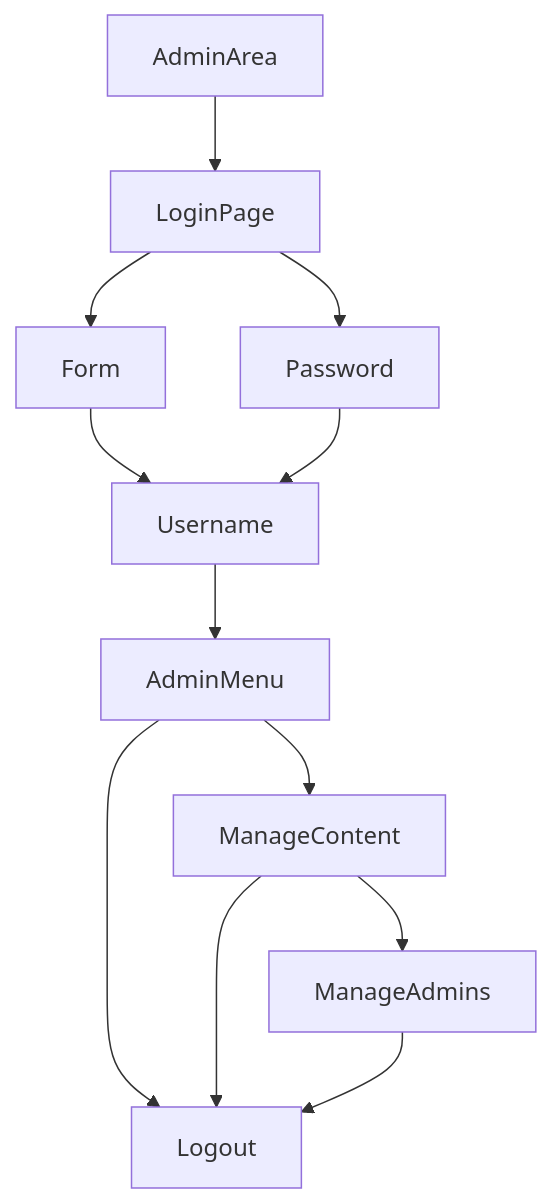
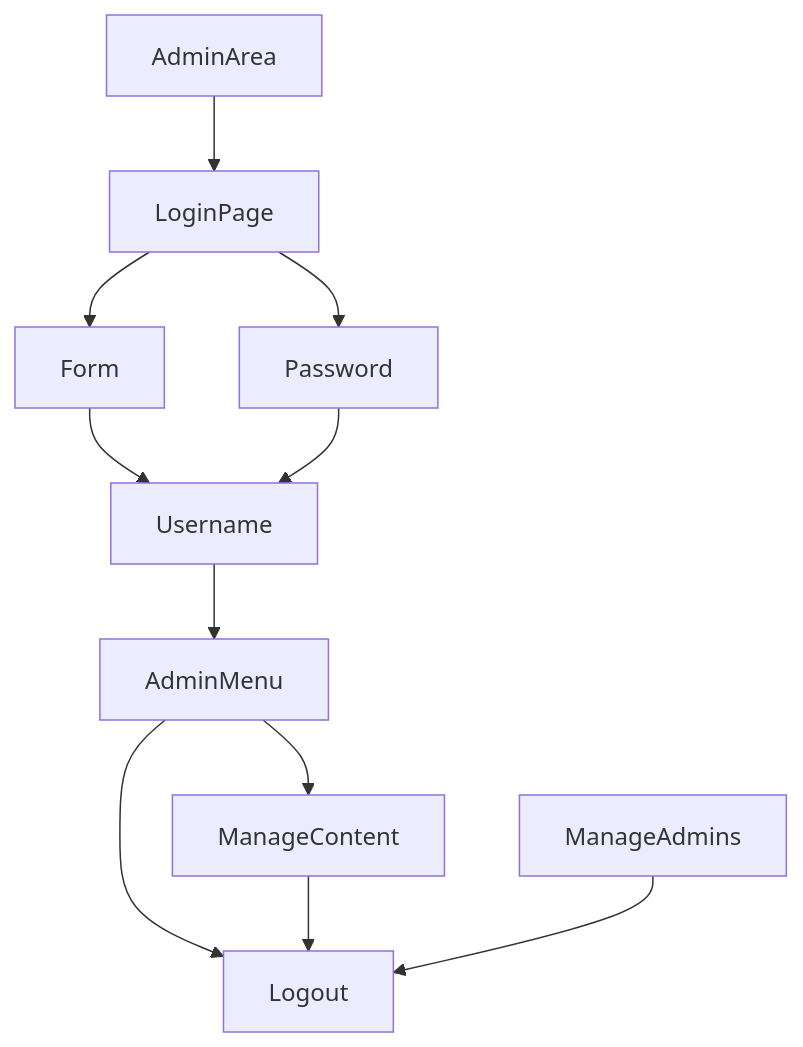
The second of 3 diagrams in README.md (HeidiJay/Content-Management-System), drawn with Mermaid before and after one commit.

Commit message:
readme test 1.5 mapping

````diff
--- a/README.md
+++ b/README.md
@@ -9,14 +9,13 @@
 ```mermaid
 graph TD;
     AdminArea-->LoginPage;
     LoginPage-->Form;
     LoginPage-->Password;
     Form-->Username;
     Password-->Username;
     Username-->AdminMenu;
     AdminMenu-->ManageContent;
     AdminMenu-->Logout;
-    ManageContent-->ManageAdmins;
     ManageContent-->Logout;
     ManageAdmins-->Logout;
 ```
````
